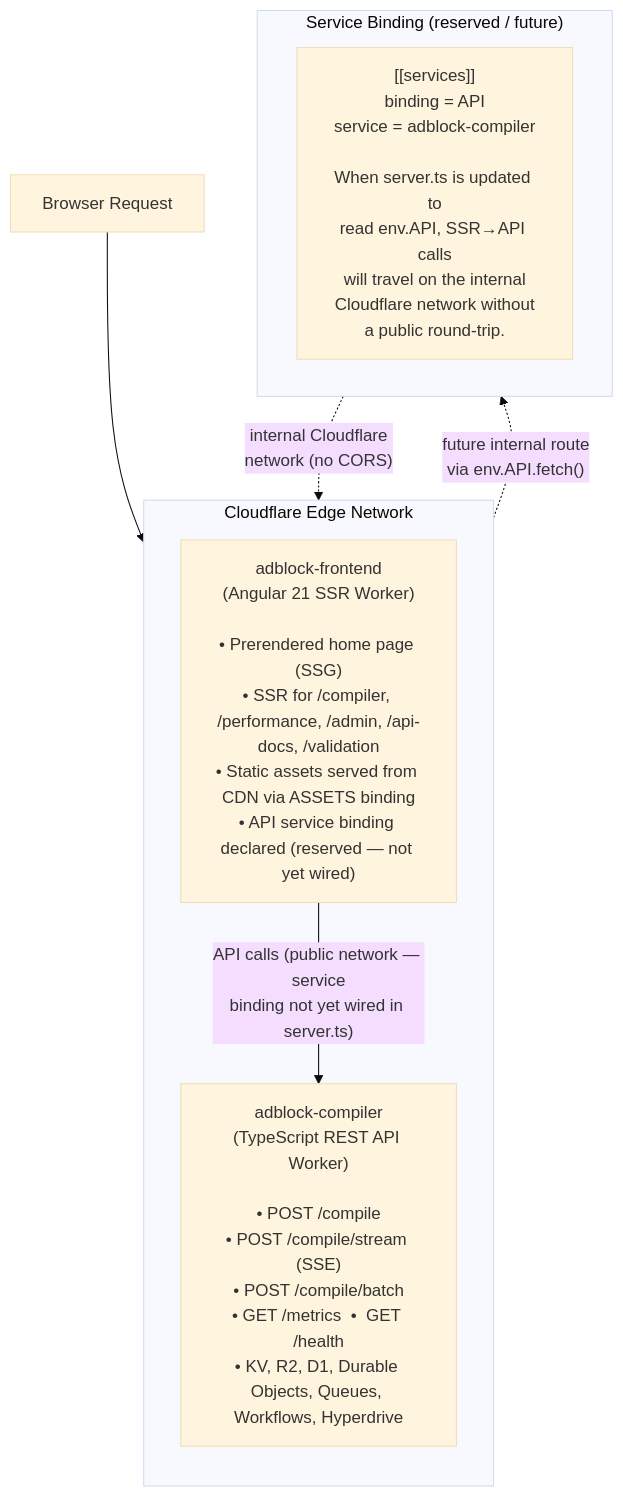
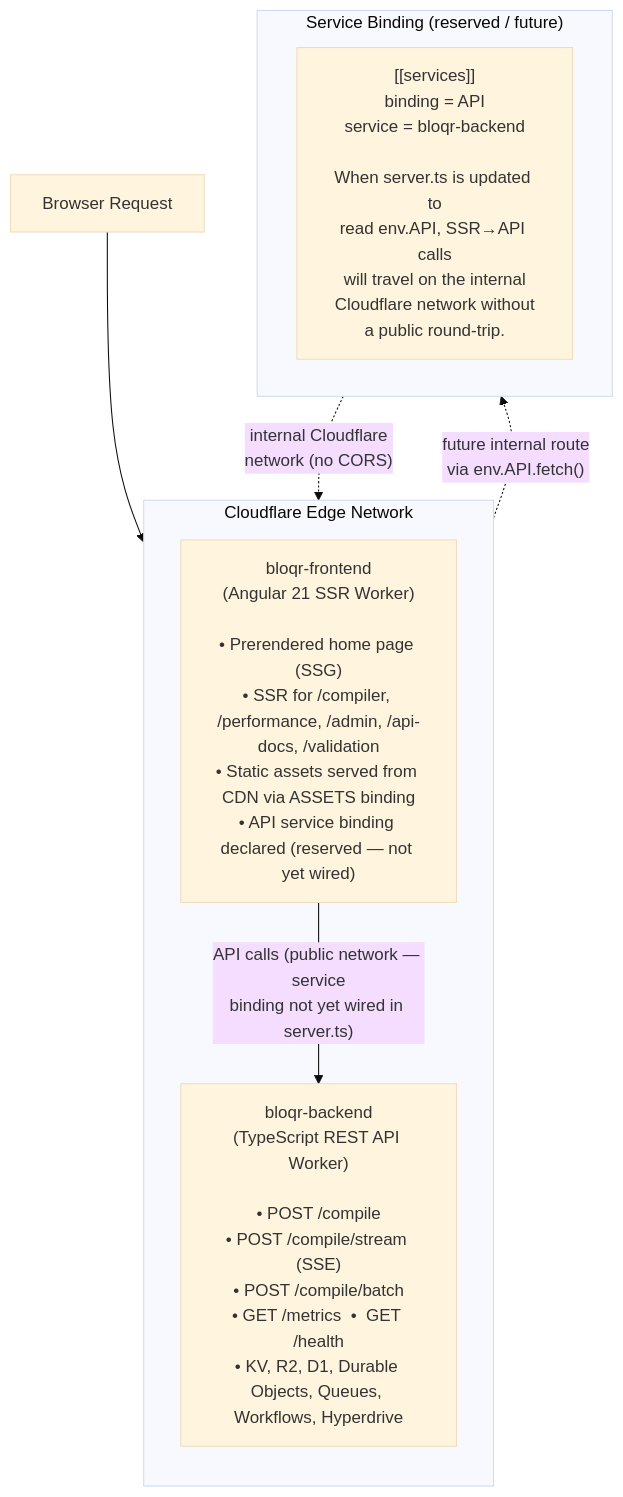
Before and after one commit to jaypatrick/adblock-compiler: the third of 4 diagrams in docs/deployment/CLOUDFLARE_WORKERS_ARCHITECTURE.md, drawn with Mermaid (base theme). The commit also changed other lines of this file and 252 other files, not shown here.

First line of the commit message:
refactor: rename adblock-* CF Worker refs to bloqr-* across monorepo

````diff
--- a/docs/deployment/CLOUDFLARE_WORKERS_ARCHITECTURE.md
+++ b/docs/deployment/CLOUDFLARE_WORKERS_ARCHITECTURE.md
@@ -118,19 +118,19 @@
 ```mermaid
 flowchart TD
     BROWSER["Browser Request"] --> EDGE
 
     subgraph EDGE["Cloudflare Edge Network"]
         direction TB
-        FRONTEND["adblock-frontend\n(Angular 21 SSR Worker)\n\n• Prerendered home page (SSG)\n• SSR for /compiler, /performance, /admin, /api-docs, /validation\n• Static assets served from CDN via ASSETS binding\n• API service binding declared (reserved — not yet wired)"]
+        FRONTEND["bloqr-frontend\n(Angular 21 SSR Worker)\n\n• Prerendered home page (SSG)\n• SSR for /compiler, /performance, /admin, /api-docs, /validation\n• Static assets served from CDN via ASSETS binding\n• API service binding declared (reserved — not yet wired)"]
         FRONTEND -->|"API calls (public network — service\nbinding not yet wired in server.ts)"| BACKEND
-        BACKEND["adblock-compiler\n(TypeScript REST API Worker)\n\n• POST /compile\n• POST /compile/stream (SSE)\n• POST /compile/batch\n• GET /metrics  •  GET /health\n• KV, R2, D1, Durable Objects, Queues, Workflows, Hyperdrive"]
+        BACKEND["bloqr-backend\n(TypeScript REST API Worker)\n\n• POST /compile\n• POST /compile/stream (SSE)\n• POST /compile/batch\n• GET /metrics  •  GET /health\n• KV, R2, D1, Durable Objects, Queues, Workflows, Hyperdrive"]
     end
 
     subgraph SVC["Service Binding (reserved / future)"]
         direction LR
-        API_BINDING["[[services]]\nbinding = API\nservice = adblock-compiler\n\nWhen server.ts is updated to\nread env.API, SSR→API calls\nwill travel on the internal\nCloudflare network without\na public round-trip."]
+        API_BINDING["[[services]]\nbinding = API\nservice = bloqr-backend\n\nWhen server.ts is updated to\nread env.API, SSR→API calls\nwill travel on the internal\nCloudflare network without\na public round-trip."]
     end
 
     FRONTEND -.->|"future internal route\nvia env.API.fetch()"| SVC
     SVC -.->|"internal Cloudflare\nnetwork (no CORS)"| BACKEND
 ```
````
